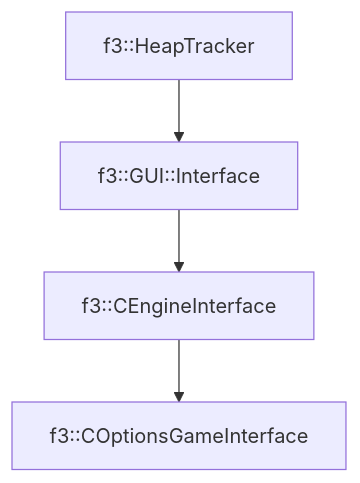
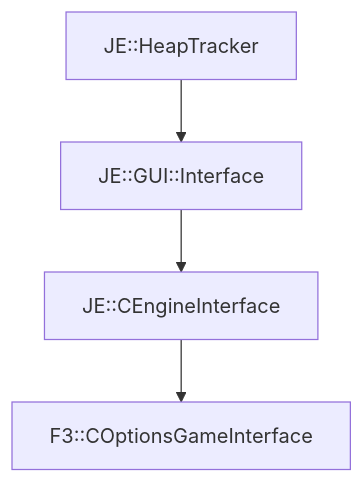
The diagram in docs/f3/COptionsGameInterface.md (OpenJE/openvb), drawn with Mermaid before and after one commit. The commit also changed other lines of this file and 1399 other files, not shown here.

````diff
--- a/docs/f3/COptionsGameInterface.md
+++ b/docs/f3/COptionsGameInterface.md
@@ -18,6 +18,6 @@
 ```mermaid
 graph TD;
-    f3::HeapTracker --> f3::GUI::Interface
-    f3::GUI::Interface --> f3::CEngineInterface
-    f3::CEngineInterface --> f3::COptionsGameInterface
+    JE::HeapTracker --> JE::GUI::Interface
+    JE::GUI::Interface --> JE::CEngineInterface
+    JE::CEngineInterface --> F3::COptionsGameInterface
 ```
````
